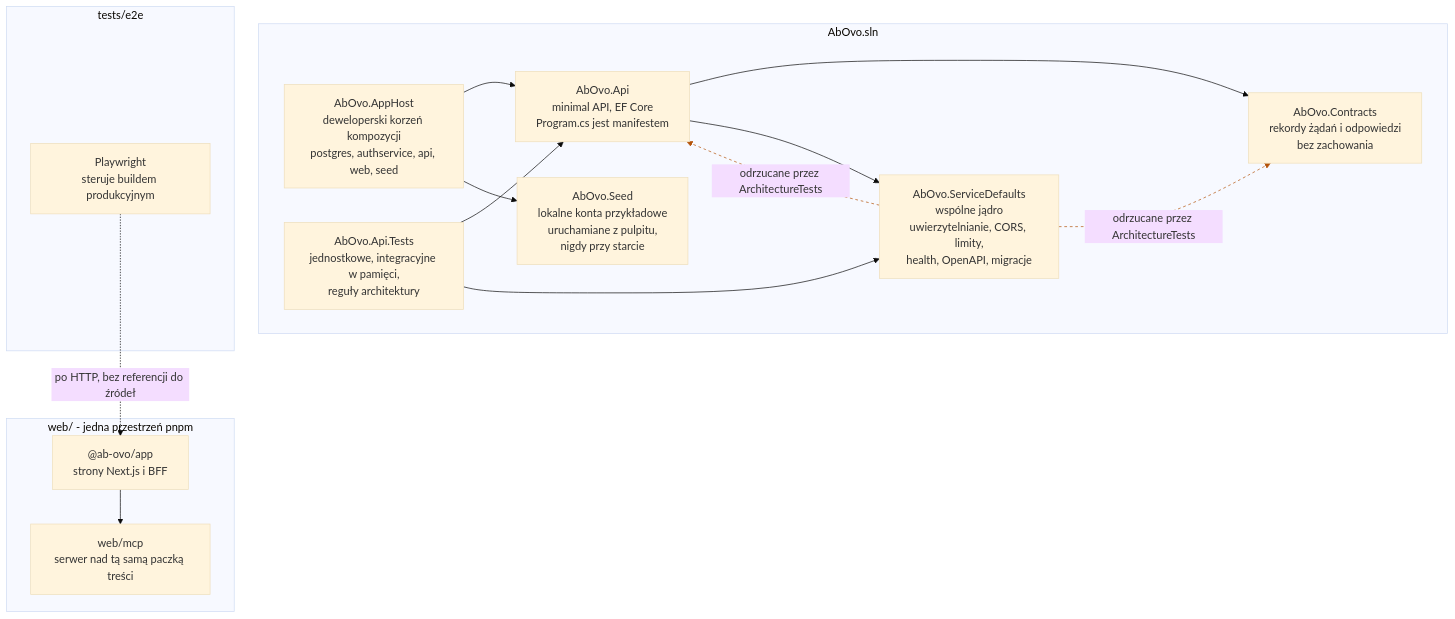
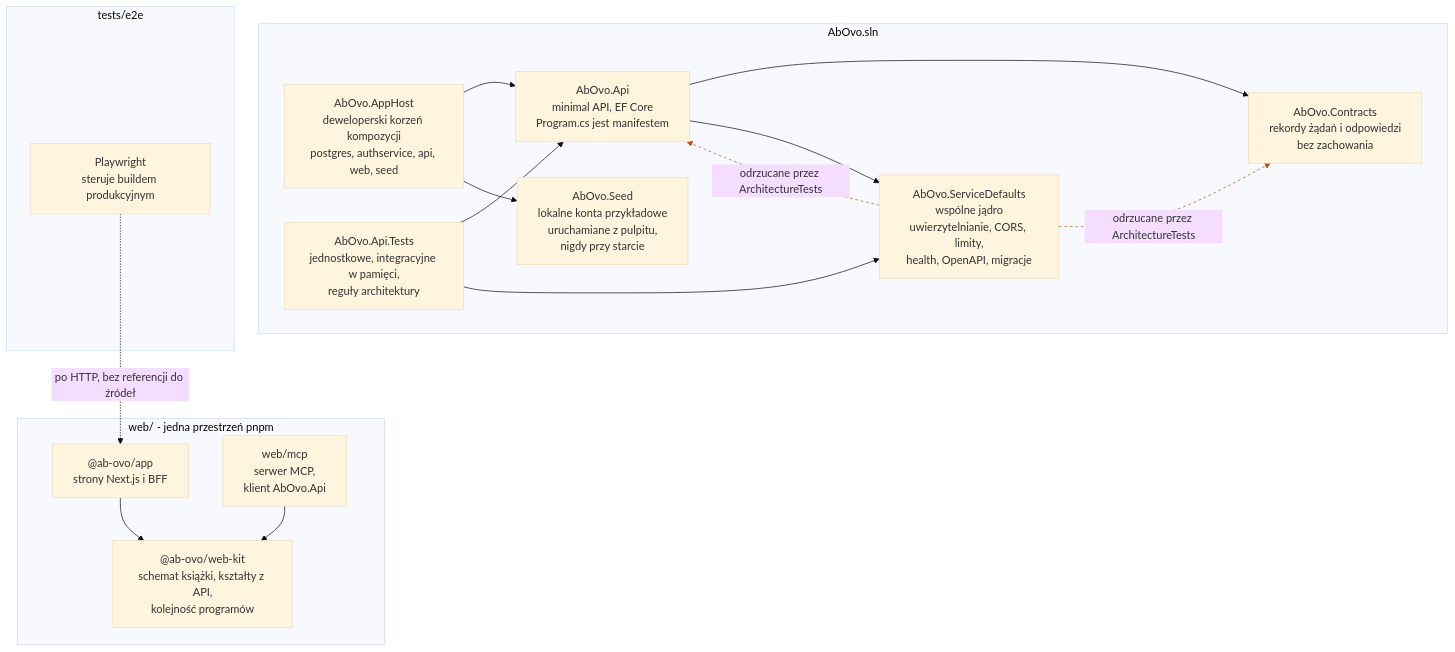
The diagram in docs/diagrams/a2-solution-layout.pl.mmd (konradcinkusz/ab-ove), drawn with Mermaid (base theme) before and after one commit. The commit also changed 64 other files, not shown here.

```diff
--- a/docs/diagrams/a2-solution-layout.pl.mmd
+++ b/docs/diagrams/a2-solution-layout.pl.mmd
@@ -1,44 +1,46 @@
 %% Układ rozwiązania: projekty .NET, jedna przestrzeń pnpm i to, co wolno referować.
 %% JEDEN DIAGRAM NA PLIK. UTF-8. Dlaczego nie ASCII: patrz a1-system-context.pl.mmd.
 
 %% STRZAŁKI TO REFERENCJE MIĘDZY PROJEKTAMI, A SEDNEM SĄ TE NIEOBECNE. Ze wspólnego jądra
 %% (AbOvo.ServiceDefaults) nie wychodzi żadna strzałka, bo P2 czyni je wyłącznie
 %% instalacją, a tests/AbOvo.Api.Tests/ArchitectureTests.cs odmawia referencji z niego do
 %% AbOvo.Api i AbOvo.Contracts. Biblioteka .Core, która zaczęła jako wspólna instalacja,
 %% a skończyła jako wspólna domena, została w tym majątku opłacona już dwa razy.
 
 %% AbOvo.AppHost JEST WYŁĄCZNIE DEWELOPERSKI (P1). Składa system na laptopie; nie jest
 %% wdrożoną topologią, którą opisuje flyio/*.fly.toml i której nigdy nie zastosowano.
 
 flowchart TD
   subgraph dotnet["AbOvo.sln"]
     APPHOST["AbOvo.AppHost<br/>deweloperski korzeń kompozycji<br/>postgres, authservice, api, web, seed"]
     API["AbOvo.Api<br/>minimal API, EF Core<br/>Program.cs jest manifestem"]
     CONTRACTS["AbOvo.Contracts<br/>rekordy żądań i odpowiedzi<br/>bez zachowania"]
     KERNEL["AbOvo.ServiceDefaults<br/>wspólne jądro<br/>uwierzytelnianie, CORS, limity,<br/>health, OpenAPI, migracje"]
     TESTS["AbOvo.Api.Tests<br/>jednostkowe, integracyjne w pamięci,<br/>reguły architektury"]
     SEED["AbOvo.Seed<br/>lokalne konta przykładowe<br/>uruchamiane z pulpitu,<br/>nigdy przy starcie"]
   end
 
   subgraph node["web/ - jedna przestrzeń pnpm"]
     APP["@ab-ovo/app<br/>strony Next.js i BFF"]
-    MCP["web/mcp<br/>serwer nad tą samą paczką treści"]
+    MCP["web/mcp<br/>serwer MCP,<br/>klient AbOvo.Api"]
+    KIT["@ab-ovo/web-kit<br/>schemat książki, kształty z API,<br/>kolejność programów"]
   end
 
   subgraph accept["tests/e2e"]
     E2E["Playwright<br/>steruje buildem produkcyjnym"]
   end
 
   APPHOST --> API
   APPHOST --> SEED
   API --> CONTRACTS
   API --> KERNEL
   TESTS --> API
   TESTS --> KERNEL
-  APP --> MCP
+  APP --> KIT
+  MCP --> KIT
   E2E -.->|"po HTTP, bez referencji do źródeł"| APP
 
   KERNEL -.->|"odrzucane przez ArchitectureTests"| API
   KERNEL -.->|"odrzucane przez ArchitectureTests"| CONTRACTS
 
-  linkStyle 8,9 stroke:#b45309,stroke-dasharray: 4 4;
+  linkStyle 9,10 stroke:#b45309,stroke-dasharray: 4 4;
```
